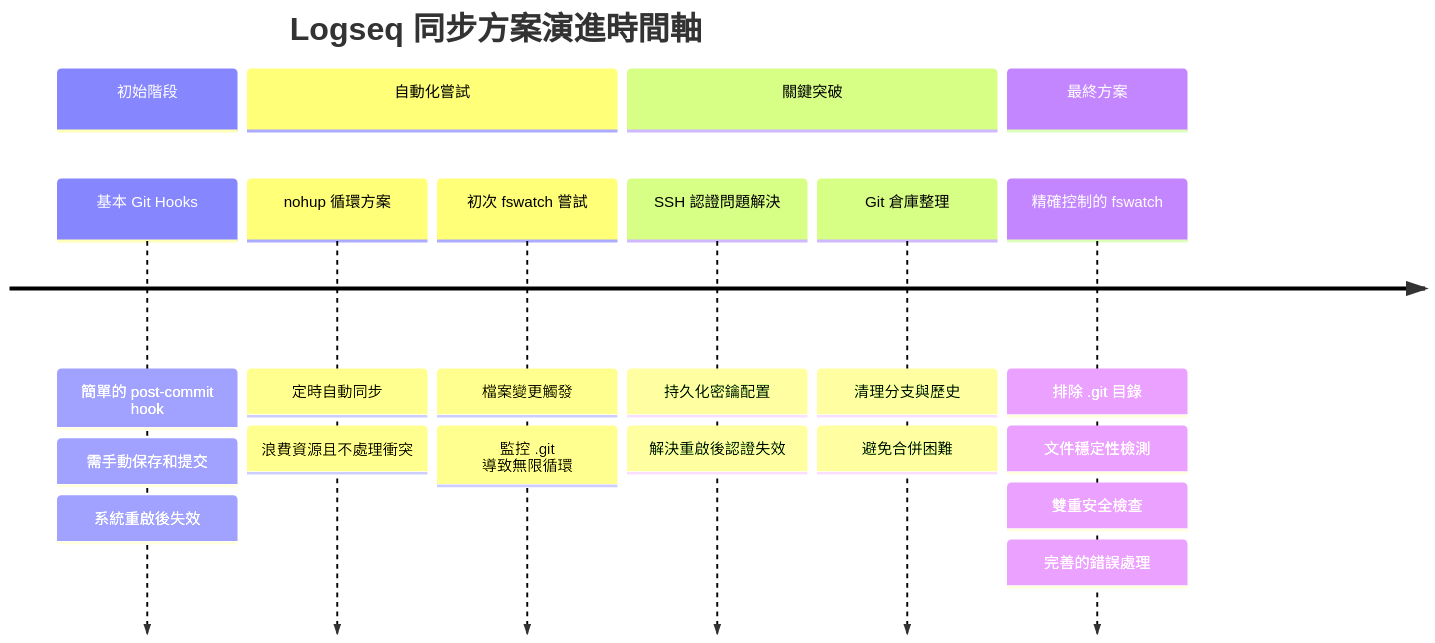
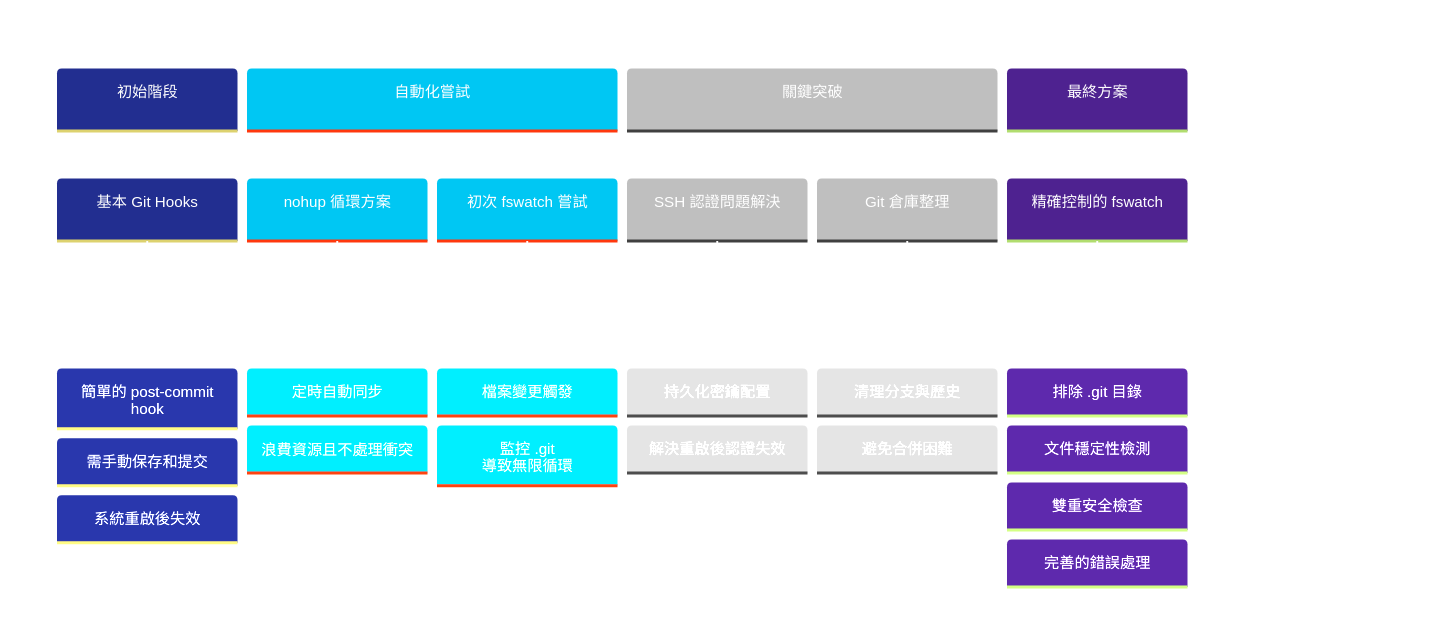
The first of 2 diagrams in Logseq同步方案演進記錄.md (GengGeng026/Sync-Logseq), drawn with Mermaid before and after one commit.

Commit message:
Auto-sync: Wed Mar 26 07:55:57 +08 2025

````diff
--- a/Logseq同步方案演進記錄.md
+++ b/Logseq同步方案演進記錄.md
@@ -18,23 +18,24 @@
 ```mermaid
+%%{init: {'theme': 'base', 'themeVariables': { 'primaryColor': '#5a67d8', 'primaryTextColor': '#fff', 'primaryBorderColor': '#5a67d8', 'lineColor': '#f5f5f5', 'secondaryColor': '#73e6ff', 'tertiaryColor': '#fff' }}}%%
 timeline
     title Logseq 同步方案演進時間軸
     section 初始階段
         基本 Git Hooks : 簡單的 post-commit hook
         : 需手動保存和提交
         : 系統重啟後失效
     section 自動化嘗試
         nohup 循環方案 : 定時自動同步
         : 浪費資源且不處理衝突
         初次 fswatch 嘗試 : 檔案變更觸發
         : 監控 .git 導致無限循環
     section 關鍵突破
         SSH 認證問題解決 : 持久化密鑰配置
         : 解決重啟後認證失效
         Git 倉庫整理 : 清理分支與歷史
         : 避免合併困難
     section 最終方案
         精確控制的 fswatch : 排除 .git 目錄
         : 文件穩定性檢測
         : 雙重安全檢查
         : 完善的錯誤處理
 ```
````
